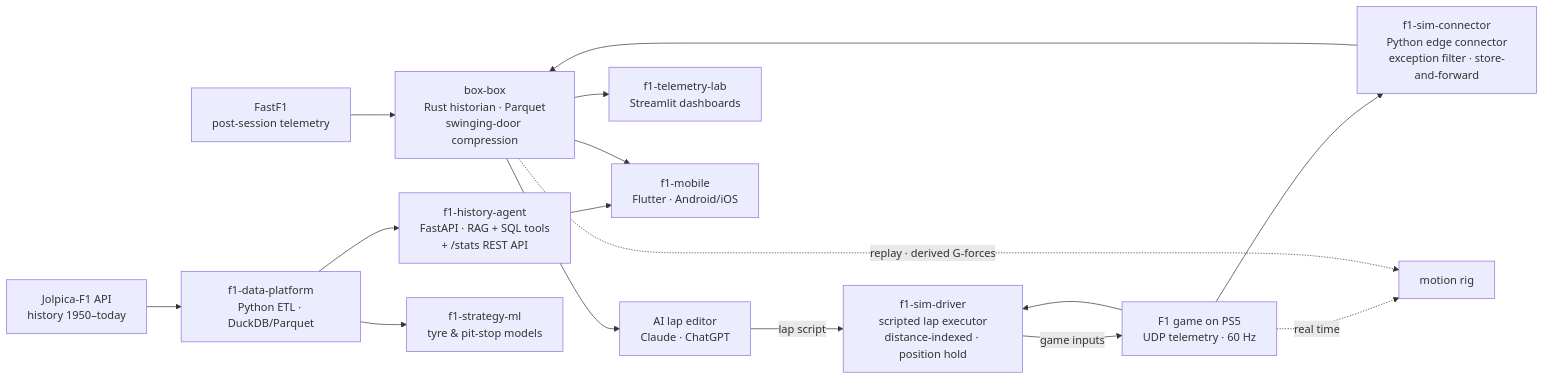
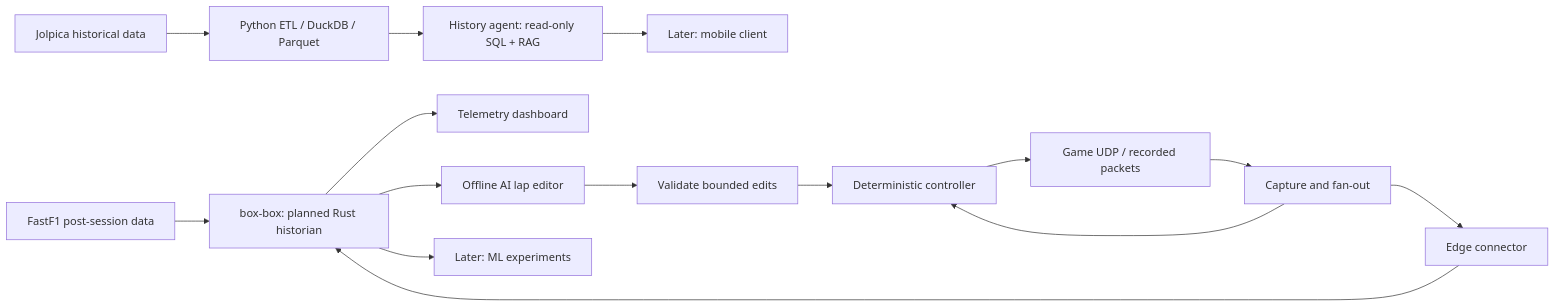
The diagram in README.md (deepcode-data-intelligence/f1-portfolio), drawn with Mermaid before and after one commit. The commit also changed other lines of this file and 11 other files, not shown here.

````diff
--- a/README.md
+++ b/README.md
@@ -23,18 +15,17 @@
 ```mermaid
 flowchart LR
-    J[Jolpica-F1 API<br/>history 1950–today] --> DP[f1-data-platform<br/>Python ETL · DuckDB/Parquet]
-    FF[FastF1<br/>post-session telemetry] --> PIMS[box-box<br/>Rust historian · Parquet<br/>swinging-door compression]
-    PS5[F1 game on PS5<br/>UDP telemetry · 60 Hz] --> SIM[f1-sim-connector<br/>Python edge connector<br/>exception filter · store-and-forward]
-    SIM --> PIMS
-    PS5 -. real time .-> RIG[motion rig]
-    PS5 --> DRV[f1-sim-driver<br/>scripted lap executor<br/>distance-indexed · position hold]
-    PIMS --> ED[AI lap editor<br/>Claude · ChatGPT]
-    ED -- lap script --> DRV
-    DRV -- game inputs --> PS5
-    PIMS -. replay · derived G-forces .-> RIG
-    DP --> AG[f1-history-agent<br/>FastAPI · RAG + SQL tools<br/>+ /stats REST API]
-    PIMS --> TL[f1-telemetry-lab<br/>Streamlit dashboards]
-    DP --> ML[f1-strategy-ml<br/>tyre & pit-stop models]
-    AG --> MOB[f1-mobile<br/>Flutter · Android/iOS]
-    PIMS --> MOB
+ J[Jolpica historical data] --> E[Python ETL / DuckDB / Parquet]
+ E --> A[History agent: read-only SQL + RAG]
+ F[FastF1 post-session data] --> H[box-box: planned Rust historian]
+ G[Game UDP / recorded packets] --> C[Capture and fan-out]
+ C --> S[Edge connector]
+ S --> H
+ H --> D[Telemetry dashboard]
+ H --> L[Offline AI lap editor]
+ L --> V[Validate bounded edits]
+ V --> X[Deterministic controller]
+ C --> X
+ X --> G
+ A --> M[Later: mobile client]
+ H --> ML[Later: ML experiments]
 ```
````
